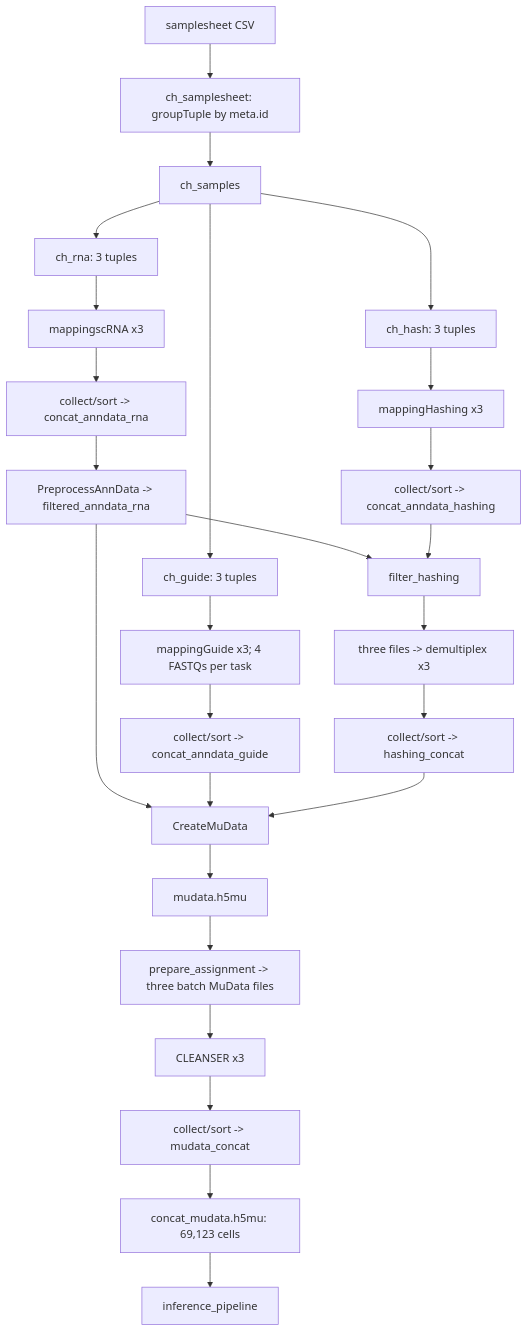
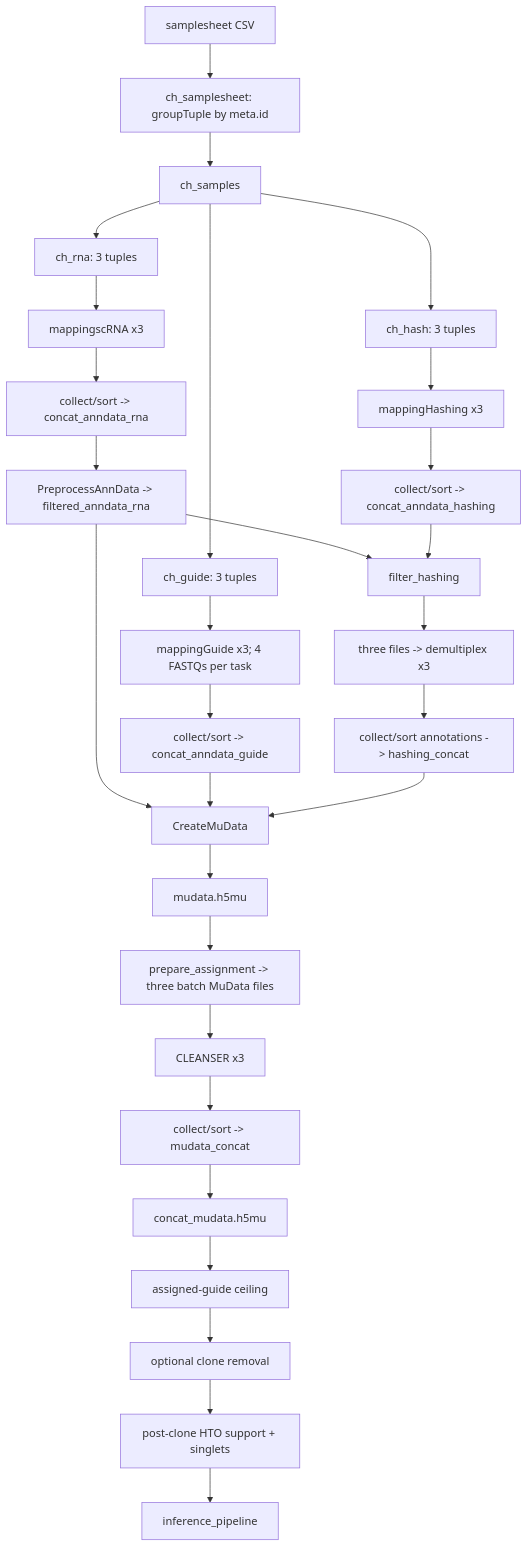
Before and after one commit to pinellolab/CRISPR_Pipeline: the second of 2 diagrams in docs/filtering_workflow.md, drawn with Mermaid. The commit also changed other lines of this file and 24 other files, not shown here.

Commit message:
Add post-assignment guide and HTO cell QC

````diff
--- a/docs/filtering_workflow.md
+++ b/docs/filtering_workflow.md
@@ -118,32 +123,35 @@
 ```mermaid
 flowchart TD
     CSV["samplesheet CSV"] --> CS["ch_samplesheet: groupTuple by meta.id"]
     CS --> C["ch_samples"]
     C --> CR["ch_rna: 3 tuples"]
     C --> CG["ch_guide: 3 tuples"]
     C --> CH["ch_hash: 3 tuples"]
 
     CR --> MR["mappingscRNA x3"]
     CG --> MG["mappingGuide x3; 4 FASTQs per task"]
     CH --> MH["mappingHashing x3"]
 
     MR --> RC["collect/sort -> concat_anndata_rna"]
     MG --> GC["collect/sort -> concat_anndata_guide"]
     MH --> HC["collect/sort -> concat_anndata_hashing"]
 
     RC --> PRE["PreprocessAnnData -> filtered_anndata_rna"]
     PRE --> FH["filter_hashing"]
     HC --> FH
     FH --> DM["three files -> demultiplex x3"]
-    DM --> HCC["collect/sort -> hashing_concat"]
+    DM --> HCC["collect/sort annotations -> hashing_concat"]
 
     PRE --> CMD["CreateMuData"]
     GC --> CMD
     HCC --> CMD
     CMD --> M1["mudata.h5mu"]
     M1 --> PA["prepare_assignment -> three batch MuData files"]
     PA --> CL["CLEANSER x3"]
     CL --> MC["collect/sort -> mudata_concat"]
-    MC --> M2["concat_mudata.h5mu: 69,123 cells"]
-    M2 --> INF["inference_pipeline"]
+    MC --> M2["concat_mudata.h5mu"]
+    M2 --> GQ["assigned-guide ceiling"]
+    GQ --> CQ["optional clone removal"]
+    CQ --> HQ["post-clone HTO support + singlets"]
+    HQ --> INF["inference_pipeline"]
 ```
````
